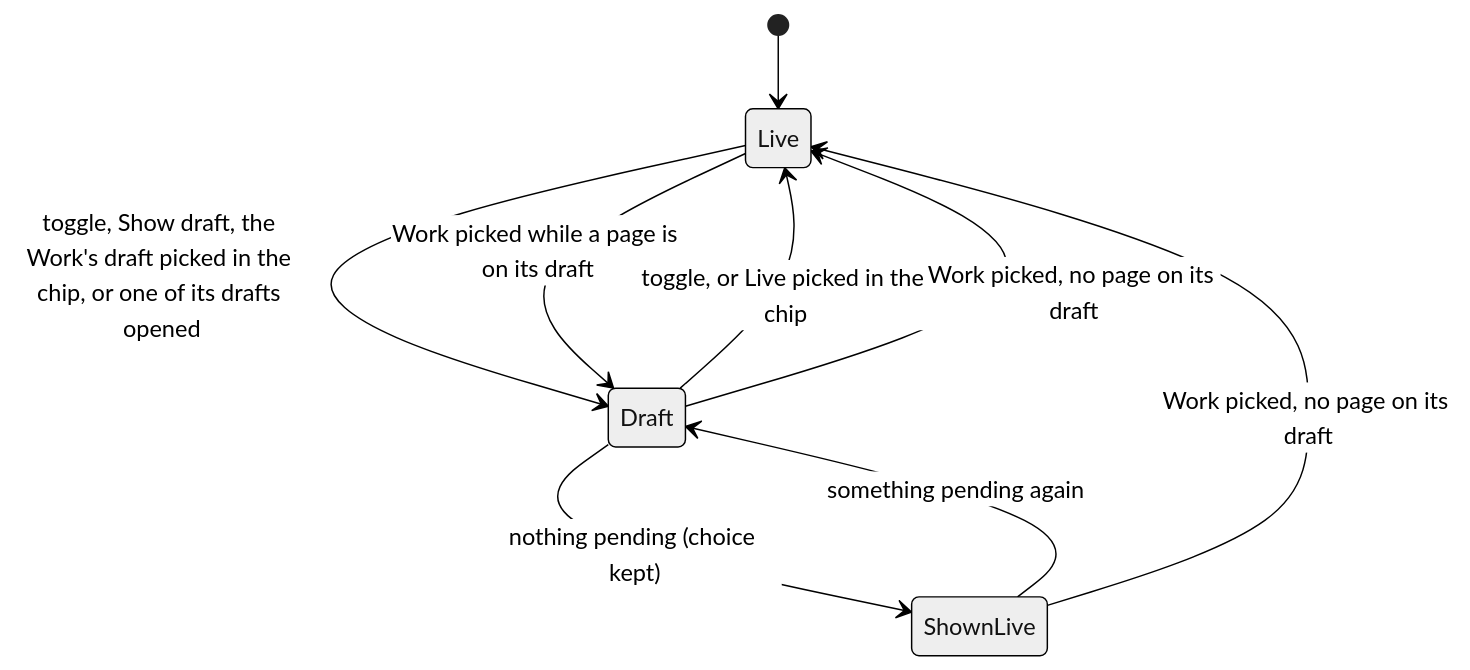
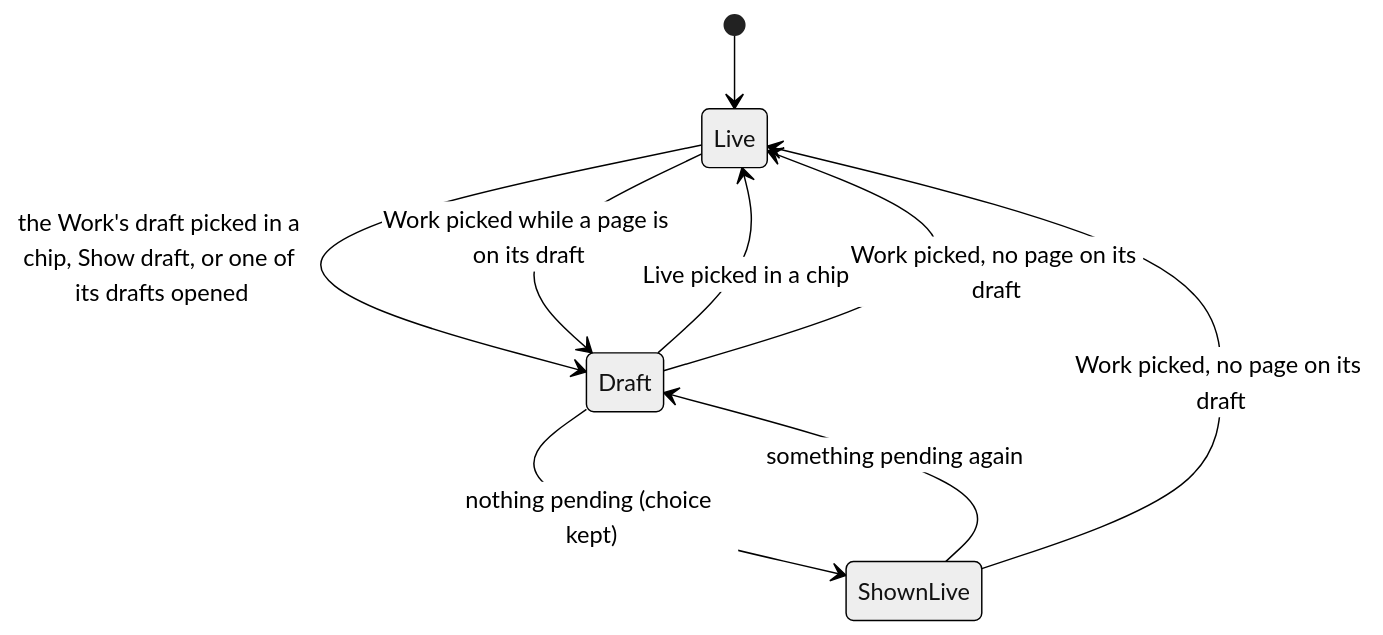
Before and after one commit to haowjy/meridian-flow: the diagram in apps/app/src/features/project/.context/tree-version-state-machine.md, drawn with Mermaid (neutral theme). The commit also changed other lines of this file and 24 other files, not shown here.

````diff
--- a/apps/app/src/features/project/.context/tree-version-state-machine.md
+++ b/apps/app/src/features/project/.context/tree-version-state-machine.md
@@ -18,11 +23,11 @@
 ```mermaid
 stateDiagram-v2
     [*] --> Live
-    Live --> Draft: toggle, Show draft, the Work's draft picked in the chip, or one of its drafts opened
+    Live --> Draft: the Work's draft picked in a chip, Show draft, or one of its drafts opened
     Live --> Draft: Work picked while a page is on its draft
-    Draft --> Live: toggle, or Live picked in the chip
+    Draft --> Live: Live picked in a chip
     Draft --> Live: Work picked, no page on its draft
     Draft --> ShownLive: nothing pending (choice kept)
     ShownLive --> Draft: something pending again
     ShownLive --> Live: Work picked, no page on its draft
 ```
````
